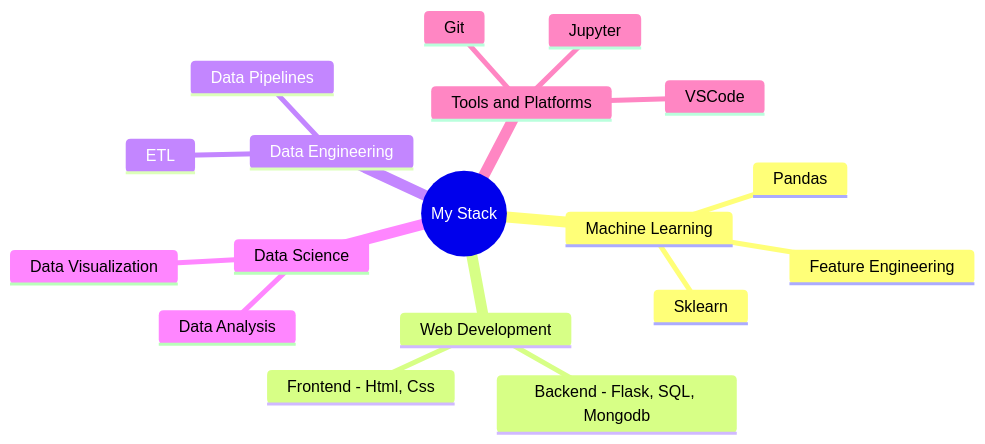
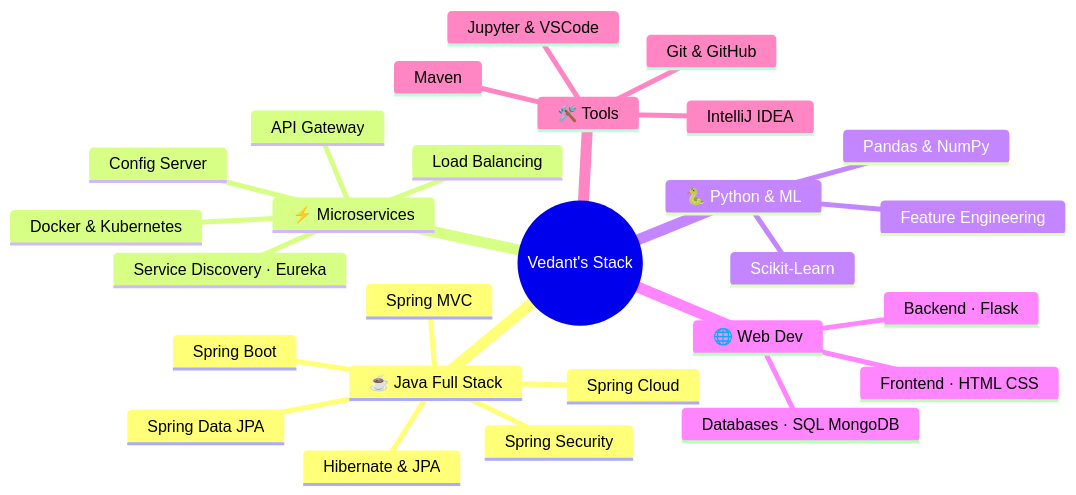
One commit to VedantKale106/VedantKale106 changed the diagram in README.md. Above: the diagram before and after it, drawn with Mermaid. The commit also changed other lines of this file, not shown here.

````diff
--- a/README.md
+++ b/README.md
@@ -63,21 +130,30 @@
 ```mermaid
 mindmap
-  root((My Stack))
-    Machine Learning
+  root((Vedant's Stack))
+    ☕ Java Full Stack
+      Spring Boot
+      Spring MVC
+      Spring Security
+      Spring Data JPA
+      Spring Cloud
+      Hibernate & JPA
+    ⚡ Microservices
+      Service Discovery · Eureka
+      API Gateway
+      Config Server
+      Load Balancing
+      Docker & Kubernetes
+    🐍 Python & ML
       Feature Engineering
-      Pandas
-      Sklearn
-    Web Development
-      Frontend - Html, Css
-      Backend - Flask, SQL, Mongodb
-    Data Engineering
-      Data Pipelines
-      ETL
-    Data Science
-      Data Analysis
-      Data Visualization
-    Tools and Platforms
-      Git
-      Jupyter
-      VSCode
+      Scikit-Learn
+      Pandas & NumPy
+    🌐 Web Dev
+      Frontend · HTML CSS
+      Backend · Flask
+      Databases · SQL MongoDB
+    🛠️ Tools
+      Git & GitHub
+      IntelliJ IDEA
+      Jupyter & VSCode
+      Maven
 ```
````
